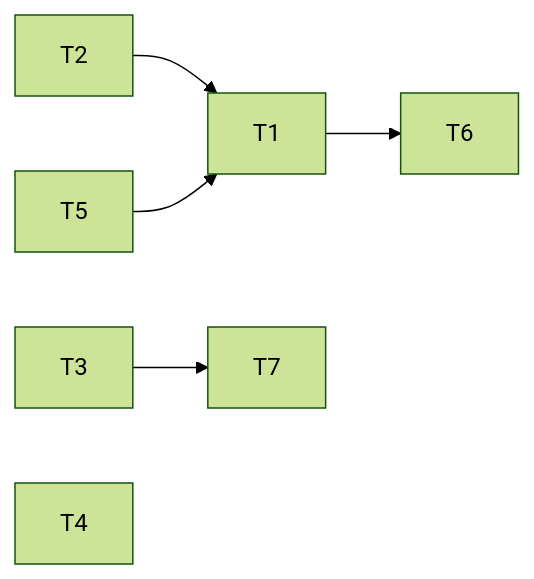
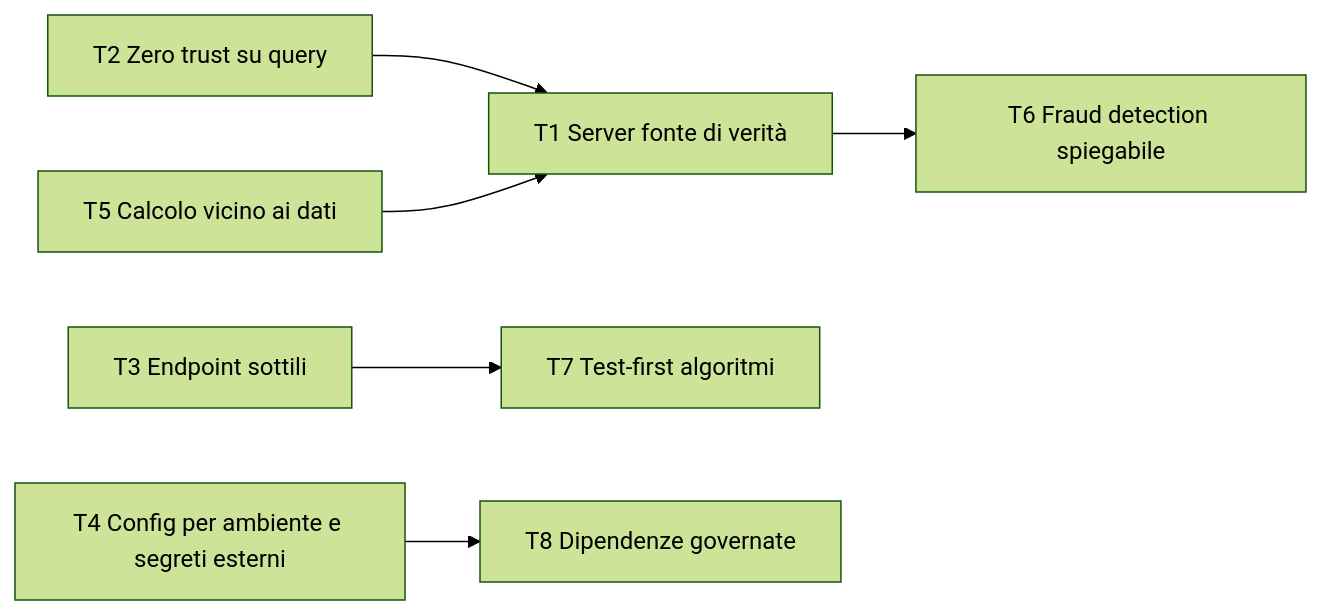
Before and after one commit to saristot/LOSS_PREVENTION: the third of 3 diagrams in customspa-it-loss-prevention-d098a8b97860/Docs/05_principles.md, drawn with Mermaid (forest theme). The commit also changed other lines of this file and 23 other files, not shown here.

````diff
--- a/customspa-it-loss-prevention-d098a8b97860/Docs/05_principles.md
+++ b/customspa-it-loss-prevention-d098a8b97860/Docs/05_principles.md
@@ -72,8 +247,8 @@
 ```mermaid
 flowchart LR
-  T1 --> T6
-  T2 --> T1
-  T3 --> T7
-  T5 --> T1
-  T4
+  T2["T2 Zero trust su query"] --> T1["T1 Server fonte di verità"]
+  T5["T5 Calcolo vicino ai dati"] --> T1
+  T1 --> T6["T6 Fraud detection spiegabile"]
+  T3["T3 Endpoint sottili"] --> T7["T7 Test-first algoritmi"]
+  T4["T4 Config per ambiente e segreti esterni"] --> T8["T8 Dipendenze governate"]
 ```
````
